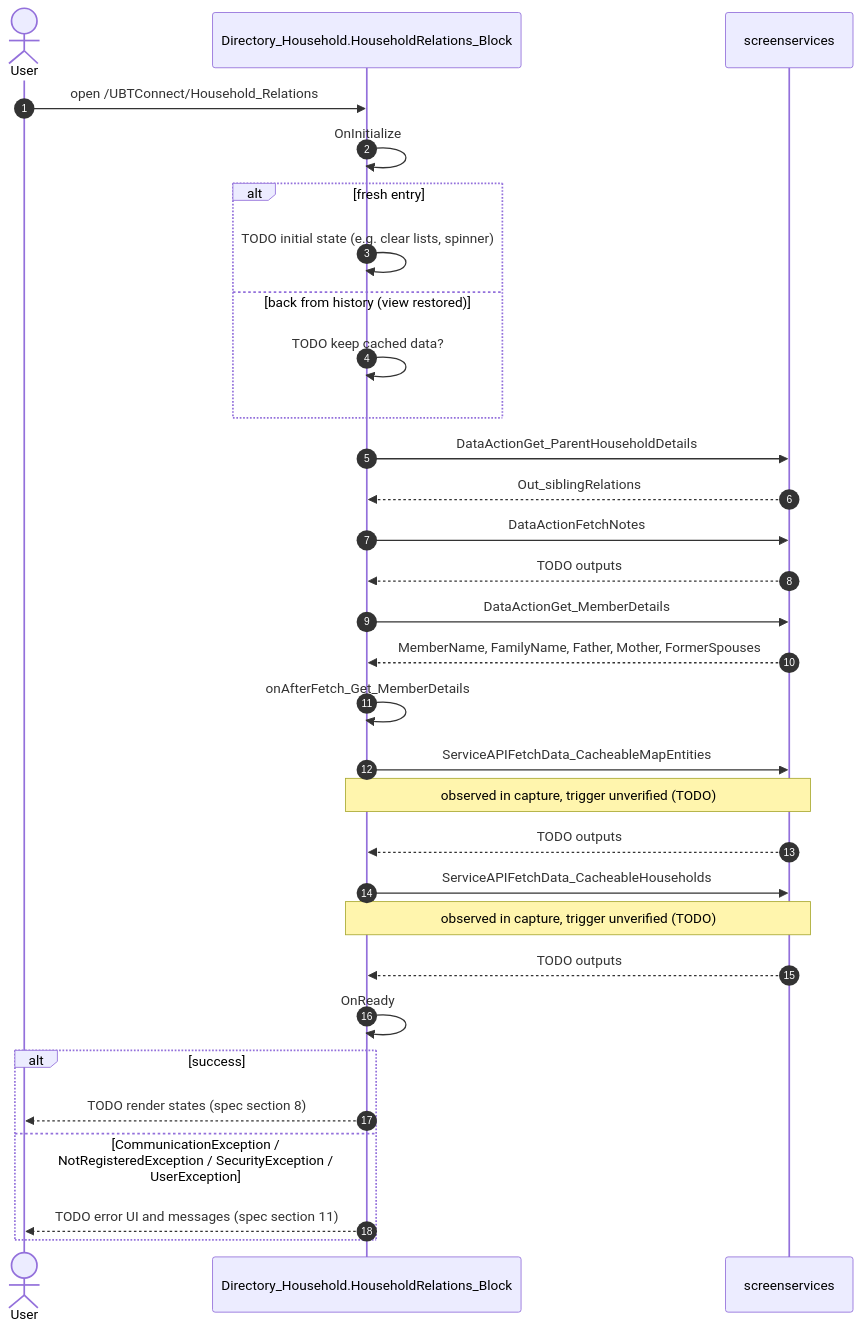
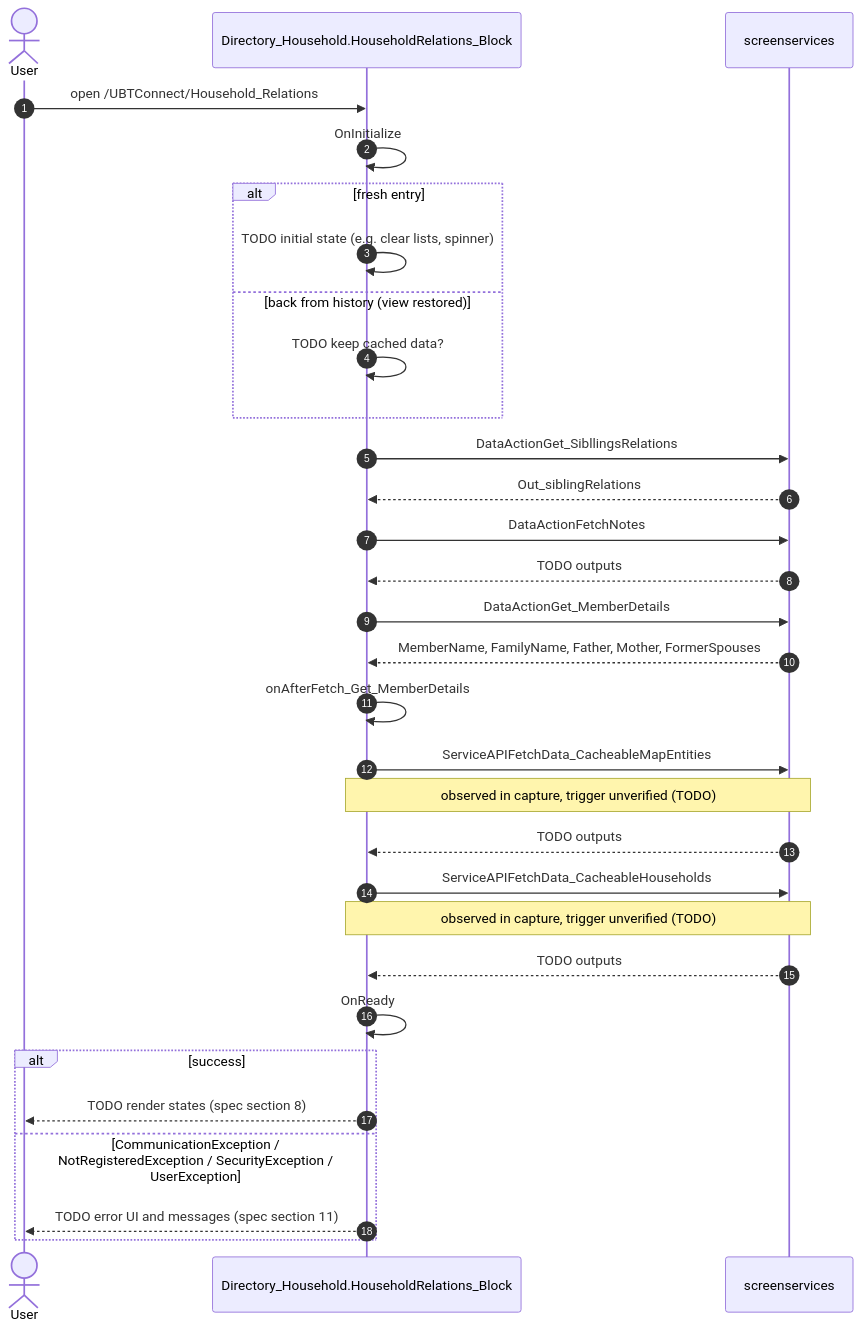
The second of 8 diagrams in migration/screens/Household_Relations/analysis/diagrams.md (Phoenix-DX/connect-new-ui), drawn with Mermaid before and after one commit. The commit also changed other lines of this file and 1243 other files, not shown here.

````diff
--- a/migration/screens/Household_Relations/analysis/diagrams.md
+++ b/migration/screens/Household_Relations/analysis/diagrams.md
@@ -84,34 +84,34 @@
 ```mermaid
 %% DRAFT generated by analyze_capture.py. Fill every TODO from the handlers in sources/pretty.
 sequenceDiagram
   autonumber
   actor U as User
   participant S as Directory_Household.HouseholdRelations_Block
   participant API as screenservices
   U->>S: open /UBTConnect/Household_Relations
   S->>S: OnInitialize
   alt fresh entry
     S->>S: TODO initial state (e.g. clear lists, spinner)
   else back from history (view restored)
     S->>S: TODO keep cached data?
   end
-  S->>API: DataActionGet_ParentHouseholdDetails
+  S->>API: DataActionGet_SibllingsRelations
   API-->>S: Out_siblingRelations
   S->>API: DataActionFetchNotes
   API-->>S: TODO outputs
   S->>API: DataActionGet_MemberDetails
   API-->>S: MemberName, FamilyName, Father, Mother, FormerSpouses
   S->>S: onAfterFetch_Get_MemberDetails
   S->>API: ServiceAPIFetchData_CacheableMapEntities
   Note over S,API: observed in capture, trigger unverified (TODO)
   API-->>S: TODO outputs
   S->>API: ServiceAPIFetchData_CacheableHouseholds
   Note over S,API: observed in capture, trigger unverified (TODO)
   API-->>S: TODO outputs
   S->>S: OnReady
   alt success
     S-->>U: TODO render states (spec section 8)
   else CommunicationException / NotRegisteredException / SecurityException / UserException
     S-->>U: TODO error UI and messages (spec section 11)
   end
 ```
````
